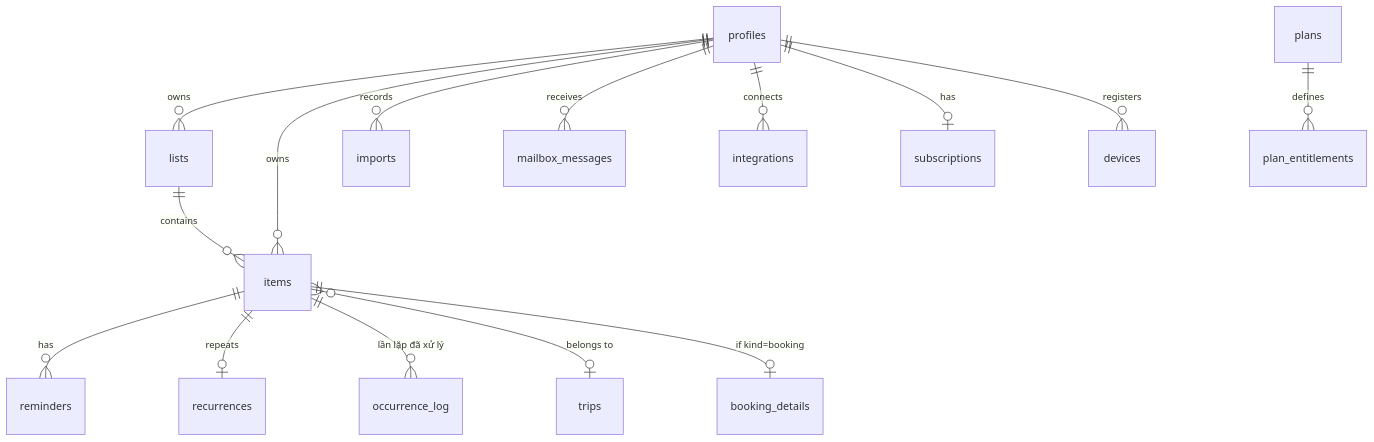
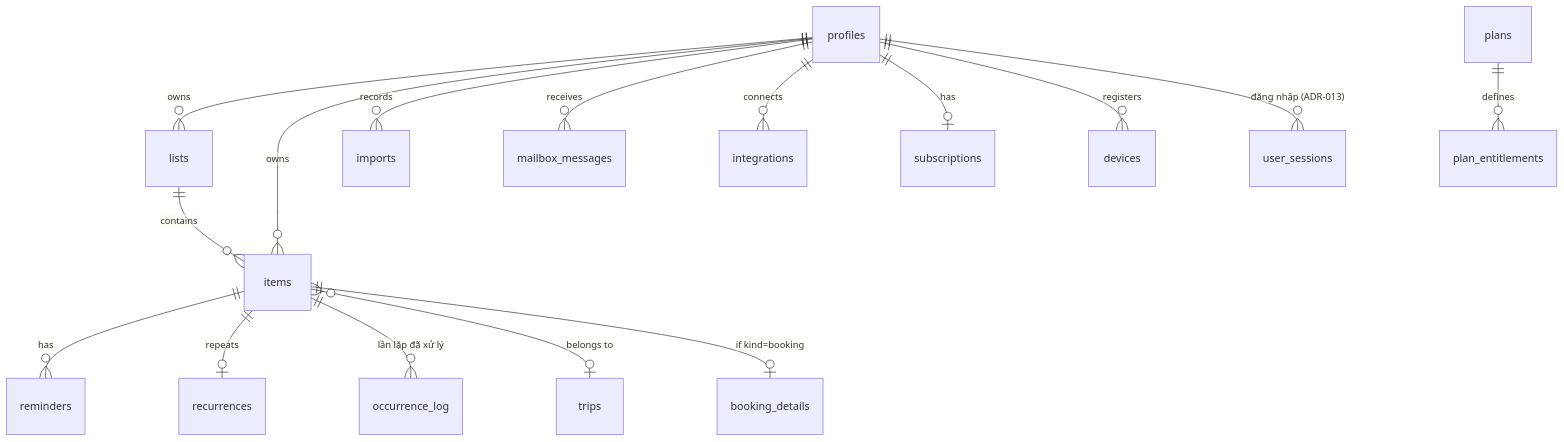
One commit to ducpham2806/RemindMe changed the diagram in docs/architecture/data-model.md. Above: the diagram before and after it, drawn with Mermaid. The commit also changed other lines of this file and 19 other files, not shown here.

First line of the commit message:
feat(auth): một tài khoản một thiết bị, lịch sử đăng nhập (ADR-013)

````diff
--- a/docs/architecture/data-model.md
+++ b/docs/architecture/data-model.md
@@ -8,17 +8,18 @@
 ```mermaid
 erDiagram
   profiles ||--o{ lists : owns
   profiles ||--o{ items : owns
   lists ||--o{ items : contains
   items ||--o{ reminders : has
   items ||--o| recurrences : repeats
   items ||--o{ occurrence_log : "lần lặp đã xử lý"
   items }o--o| trips : "belongs to"
   items ||--o| booking_details : "if kind=booking"
   profiles ||--o{ imports : records
   profiles ||--o{ mailbox_messages : receives
   profiles ||--o{ integrations : connects
   profiles ||--o| subscriptions : has
   plans ||--o{ plan_entitlements : defines
   profiles ||--o{ devices : registers
+  profiles ||--o{ user_sessions : "đăng nhập (ADR-013)"
 ```
````
